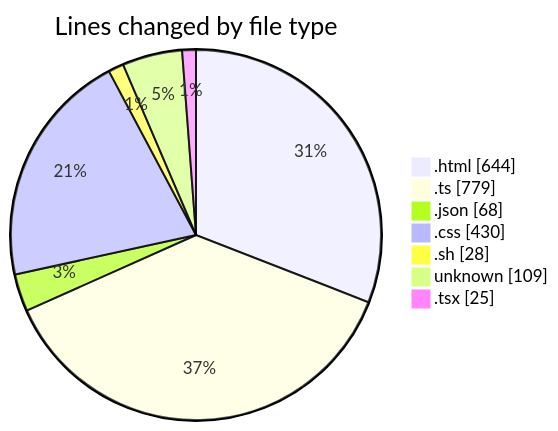
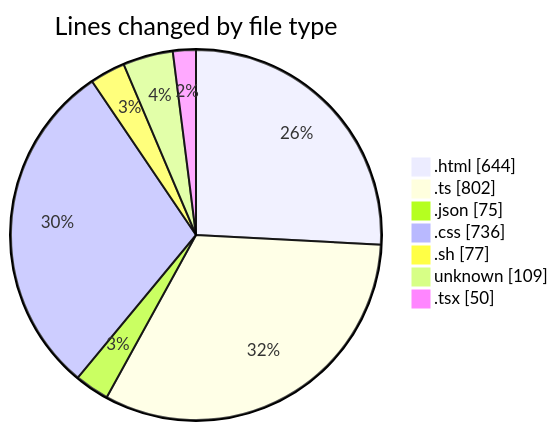
Before and after one commit to EIIisD/code-tracking: the first of 2 diagrams in 2025-07-20/defer/README.md, drawn with Mermaid. The commit also changed other lines of this file and 1 other file, not shown here.

````diff
--- a/2025-07-20/defer/README.md
+++ b/2025-07-20/defer/README.md
@@ -32,11 +32,11 @@
 ```mermaid
 pie showData
 title Lines changed by file type
 ".html" : 644
-".ts" : 779
-".json" : 68
-".css" : 430
-".sh" : 28
+".ts" : 802
+".json" : 75
+".css" : 736
+".sh" : 77
 "unknown" : 109
-".tsx" : 25
+".tsx" : 50
 ```
````
